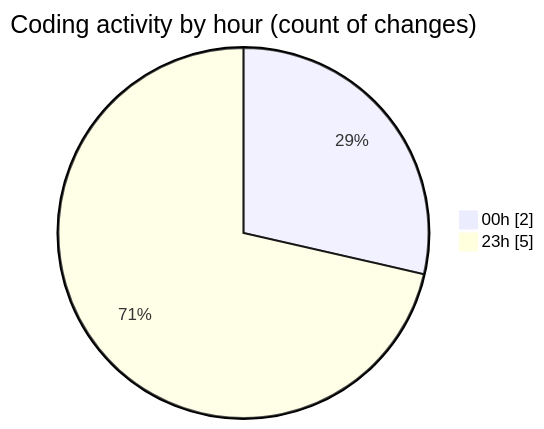
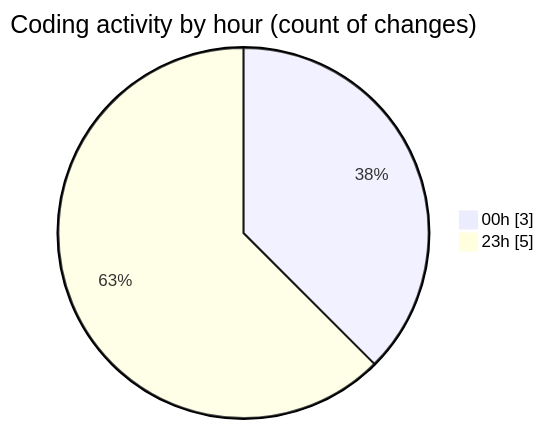
The second of 2 diagrams in 2025-02-21/projet/README.md (Elitesun/code-tracking), drawn with Mermaid before and after one commit. The commit also changed other lines of this file and 1 other file, not shown here.

````diff
--- a/2025-02-21/projet/README.md
+++ b/2025-02-21/projet/README.md
@@ -29,6 +29,6 @@
 ```mermaid
 pie showData
 title Coding activity by hour (count of changes)
-"00h" : 2
+"00h" : 3
 "23h" : 5
 ```
````
